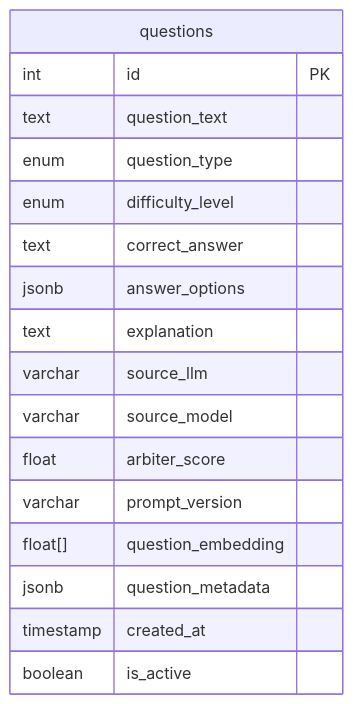
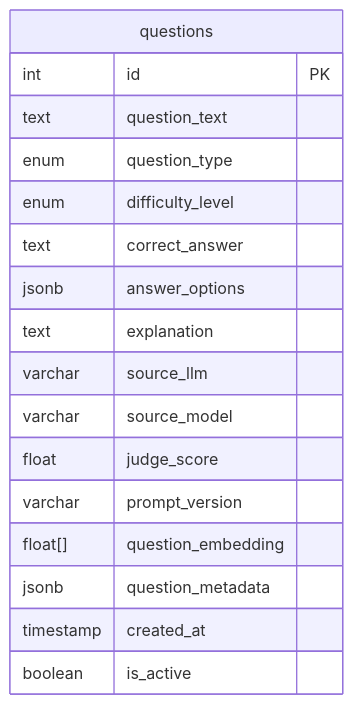
Before and after one commit to gioe/aiq: diagram 11 of 15 in question-service/docs/ARCHITECTURE.md, drawn with Mermaid. The commit also changed other lines of this file and 58 other files, not shown here.

First line of the commit message:
refactor: Rename arbiter to judge throughout codebase

````diff
--- a/question-service/docs/ARCHITECTURE.md
+++ b/question-service/docs/ARCHITECTURE.md
@@ -556,20 +556,20 @@
 ```mermaid
 erDiagram
     questions {
         int id PK
         text question_text
         enum question_type
         enum difficulty_level
         text correct_answer
         jsonb answer_options
         text explanation
         varchar source_llm
         varchar source_model
-        float arbiter_score
+        float judge_score
         varchar prompt_version
         float[] question_embedding
         jsonb question_metadata
         timestamp created_at
         boolean is_active
     }
 ```
````
